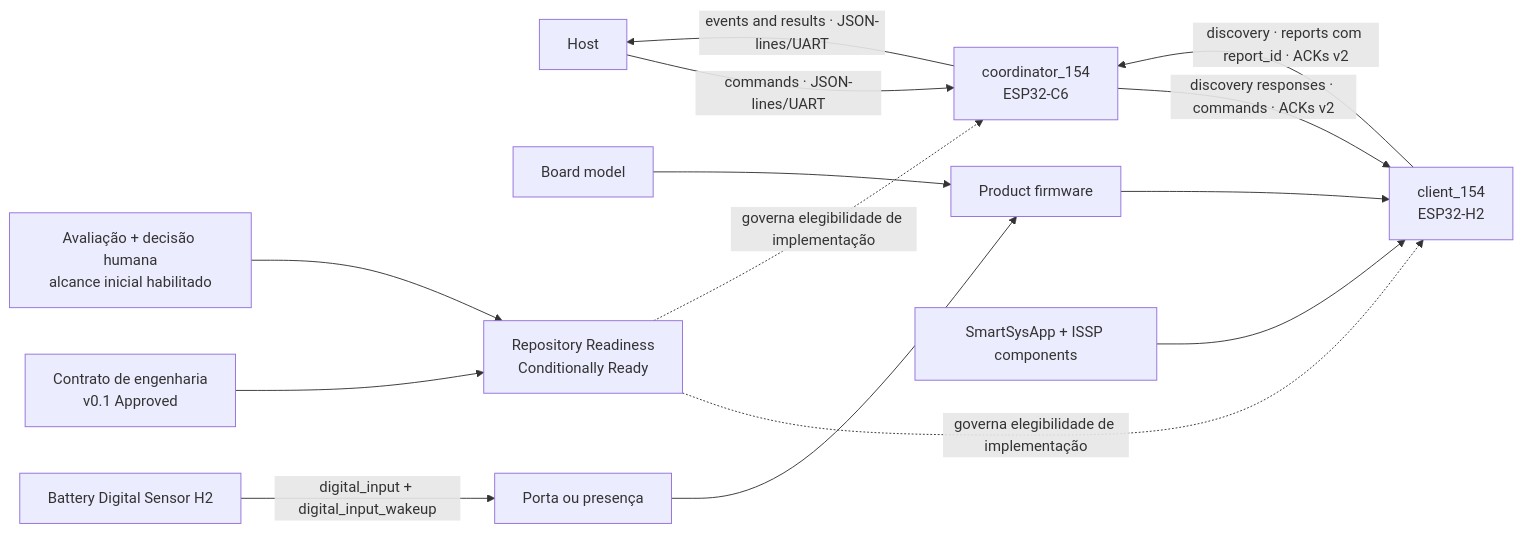
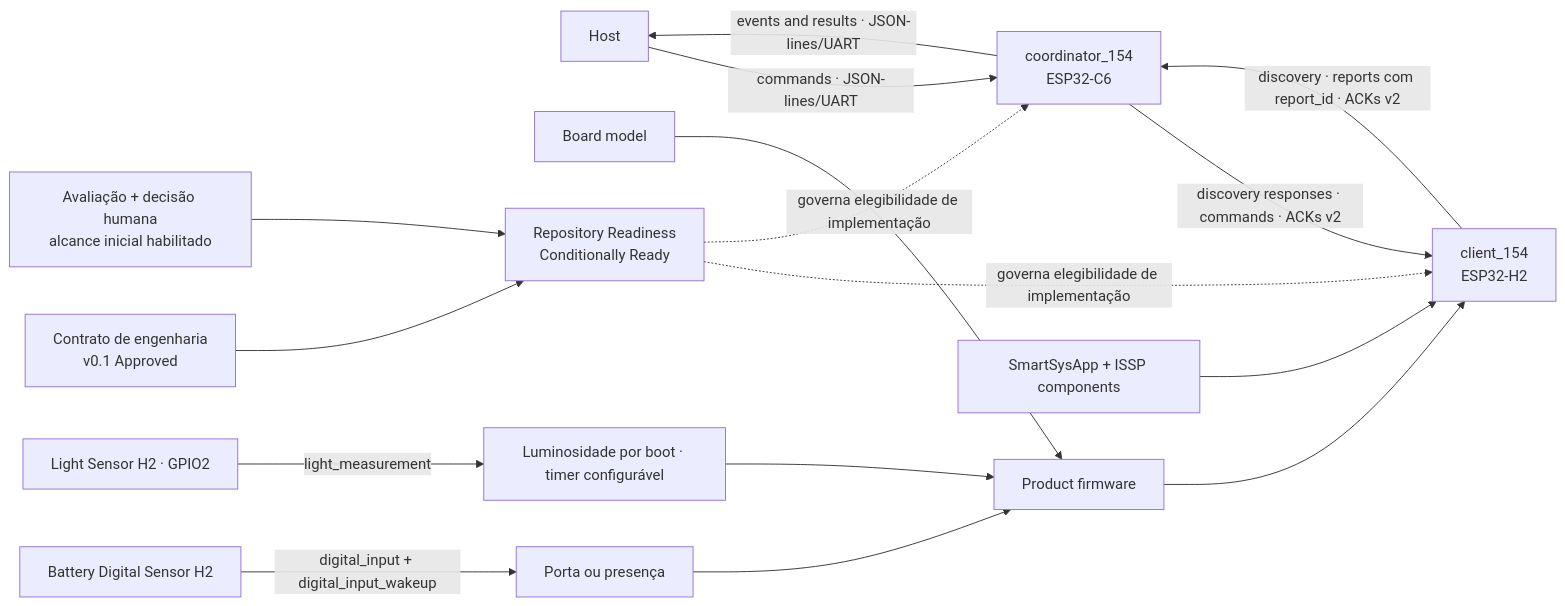
Before and after one commit to iotsmartsys/IoTSmartLink15.4: the diagram in docs/rfc/KNOWLEDGE-MAP.md, drawn with Mermaid. The commit also changed other lines of this file and 20 other files, not shown here.

Commit message:
feat: implement light sensor H2 v0.3 with fixed deep sleep

````diff
--- a/docs/rfc/KNOWLEDGE-MAP.md
+++ b/docs/rfc/KNOWLEDGE-MAP.md
@@ -105,16 +108,18 @@
 ```mermaid
 flowchart LR
     Host["Host"] -->|"commands · JSON-lines/UART"| Coordinator["coordinator_154<br/>ESP32-C6"]
     Coordinator -->|"events and results · JSON-lines/UART"| Host
     Coordinator -->|"discovery responses · commands · ACKs v2"| Client["client_154<br/>ESP32-H2"]
     Client -->|"discovery · reports com report_id · ACKs v2"| Coordinator
     Product["Product firmware"] --> Client
     Board["Board model"] --> Product
     DigitalBoard["Battery Digital Sensor H2"] -->|"digital_input + digital_input_wakeup"| BatteryProducts["Porta ou presença"]
     BatteryProducts --> Product
+    LightBoard["Light Sensor H2 · GPIO2"] -->|"light_measurement"| LightProduct["Luminosidade por boot · timer configurável"]
+    LightProduct --> Product
     Shared["SmartSysApp + ISSP components"] --> Client
     Contract["Contrato de engenharia<br/>v0.1 Approved"] --> Qualification["Repository Readiness<br/>Conditionally Ready"]
     Assessment["Avaliação + decisão humana<br/>alcance inicial habilitado"] --> Qualification
     Qualification -.->|"governa elegibilidade de implementação"| Client
     Qualification -.->|"governa elegibilidade de implementação"| Coordinator
 ```
````
